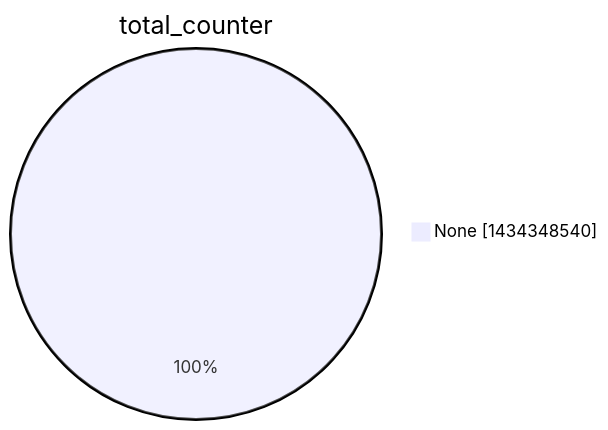
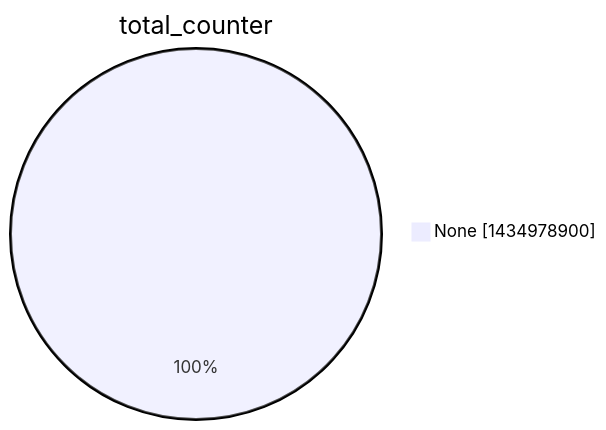
One commit to christiankrug/ctmonitor_visualization changed the second of 15 diagrams in argon2022/README.md. Above: the diagram before and after it, drawn with Mermaid. The commit also changed other lines of this file, not shown here.

````diff
--- a/argon2022/README.md
+++ b/argon2022/README.md
@@ -9,5 +9,5 @@
 ```mermaid
 pie showData
 title total_counter
-"None" :1434348540
+"None" :1434978900
 ```
````
